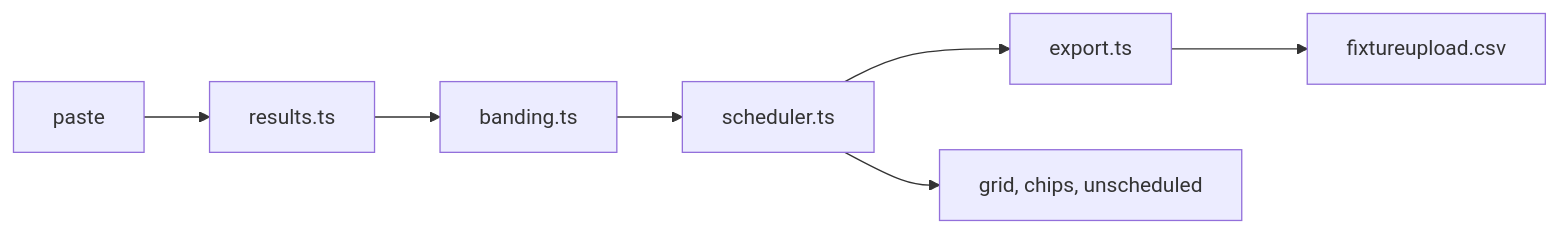
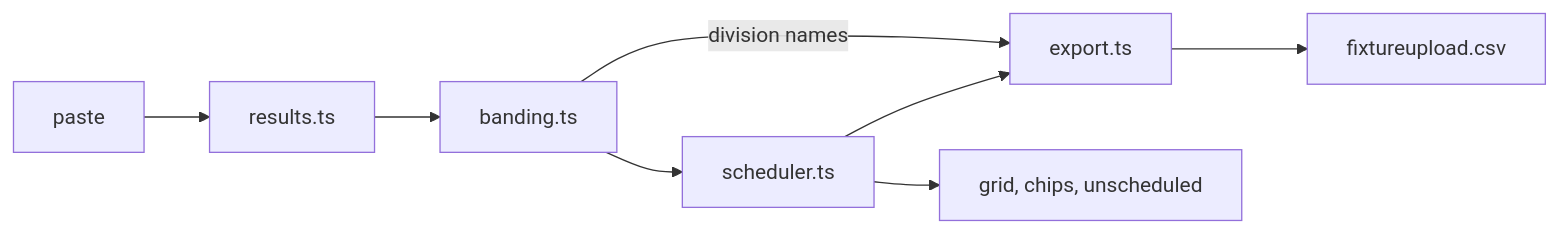
Before and after one commit to itssaharsh/regrade: the diagram in ARCHITECTURE.md, drawn with Mermaid. The commit also changed other lines of this file and 32 other files, not shown here.

````diff
--- a/ARCHITECTURE.md
+++ b/ARCHITECTURE.md
@@ -20,9 +20,10 @@
 ```mermaid
 flowchart LR
   P[paste] --> R[results.ts]
   R --> B[banding.ts]
   B --> S[scheduler.ts]
+  B -->|division names| E
   S --> E[export.ts]
   S --> U[grid, chips, unscheduled]
   E --> D[fixtureupload.csv]
 ```
````
